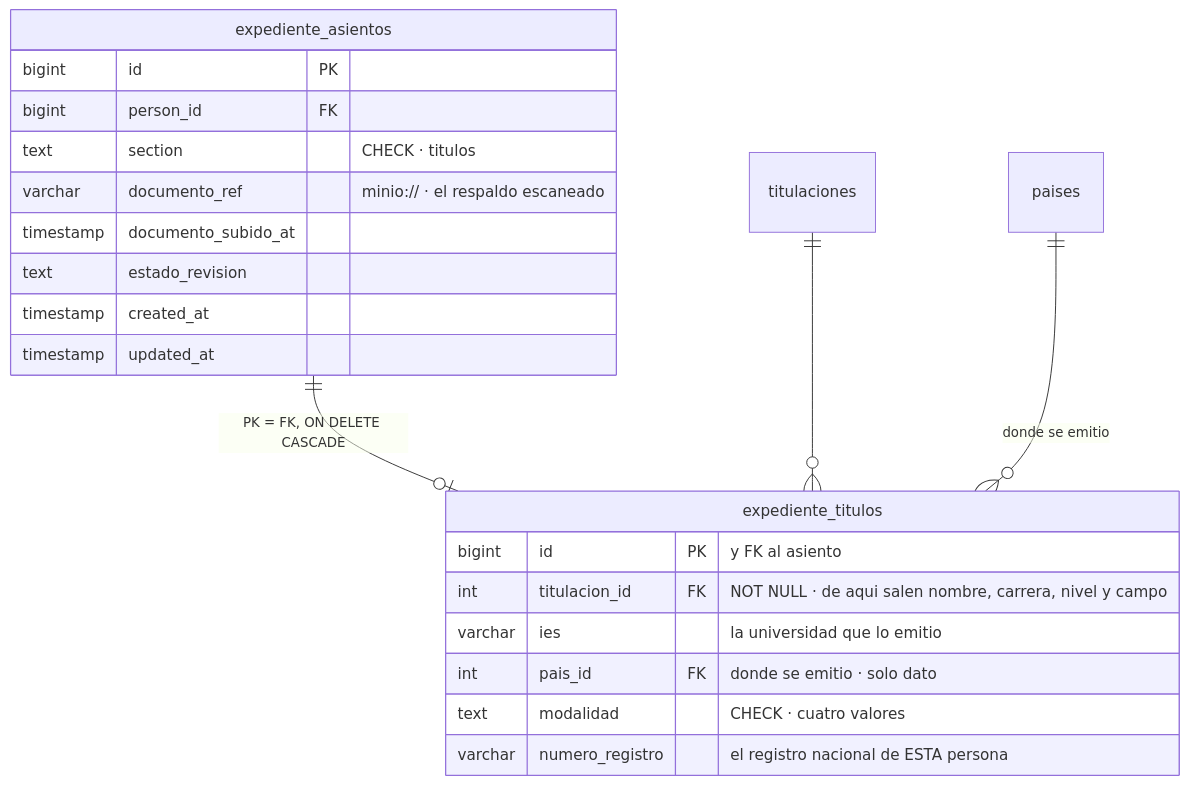
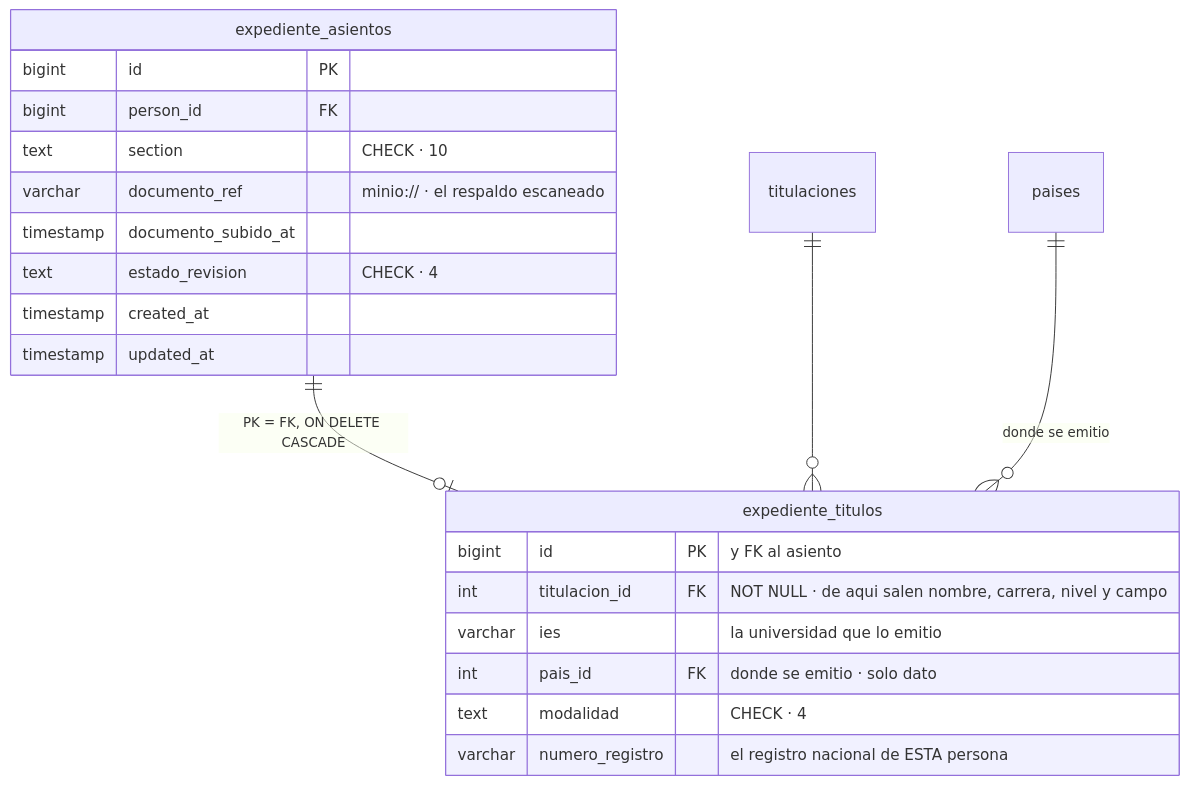
One commit to fresvel/deasy changed the sixth of 8 diagrams in docs/src/content/docs/complemento/expediente.md. Above: the diagram before and after it, drawn with Mermaid. The commit also changed other lines of this file and 2 other files, not shown here.

````diff
--- a/docs/src/content/docs/complemento/expediente.md
+++ b/docs/src/content/docs/complemento/expediente.md
@@ -424,26 +437,26 @@
 ```mermaid
 erDiagram
   expediente_asientos ||--o| expediente_titulos : "PK = FK, ON DELETE CASCADE"
   titulaciones ||--o{ expediente_titulos : ""
   paises ||--o{ expediente_titulos : "donde se emitio"
 
   expediente_asientos {
     bigint id PK
     bigint person_id FK
-    text section "CHECK · titulos"
+    text section "CHECK · 10"
     varchar documento_ref "minio:// · el respaldo escaneado"
     timestamp documento_subido_at
-    text estado_revision
+    text estado_revision "CHECK · 4"
     timestamp created_at
     timestamp updated_at
   }
 
   expediente_titulos {
     bigint id PK "y FK al asiento"
     int titulacion_id FK "NOT NULL · de aqui salen nombre, carrera, nivel y campo"
     varchar ies "la universidad que lo emitio"
     int pais_id FK "donde se emitio · solo dato"
-    text modalidad "CHECK · cuatro valores"
+    text modalidad "CHECK · 4"
     varchar numero_registro "el registro nacional de ESTA persona"
   }
 ```
````
